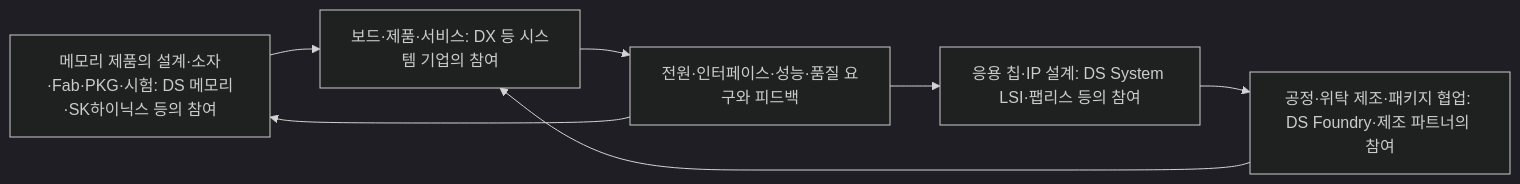
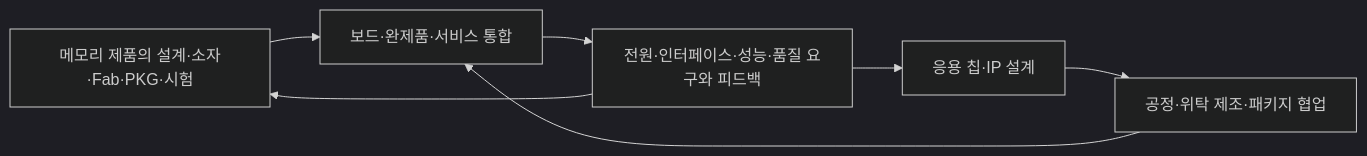
The second of 2 diagrams in 직무와실무기술_job-practice/13-반도체산업과직무의연결_semiconductor-value-chain.md (yoonip/engineering-notes), drawn with Mermaid (dark theme) before and after one commit. The commit also changed other lines of this file and 25 other files, not shown here.

````diff
--- a/직무와실무기술_job-practice/13-반도체산업과직무의연결_semiconductor-value-chain.md
+++ b/직무와실무기술_job-practice/13-반도체산업과직무의연결_semiconductor-value-chain.md
@@ -91,9 +95,9 @@
 ```mermaid
 flowchart LR
-    M["메모리 제품의 설계·소자·Fab·PKG·시험: DS 메모리·SK하이닉스 등의 참여"] --> P["보드·제품·서비스: DX 등 시스템 기업의 참여"]
-    L["응용 칩·IP 설계: DS System LSI·팹리스 등의 참여"] --> F["공정·위탁 제조·패키지 협업: DS Foundry·제조 파트너의 참여"]
+    M["메모리 제품의 설계·소자·Fab·PKG·시험"] --> P["보드·완제품·서비스 통합"]
+    L["응용 칩·IP 설계"] --> F["공정·위탁 제조·패키지 협업"]
     F --> P
     P --> R["전원·인터페이스·성능·품질 요구와 피드백"]
     R --> M
     R --> L
 ```
````
